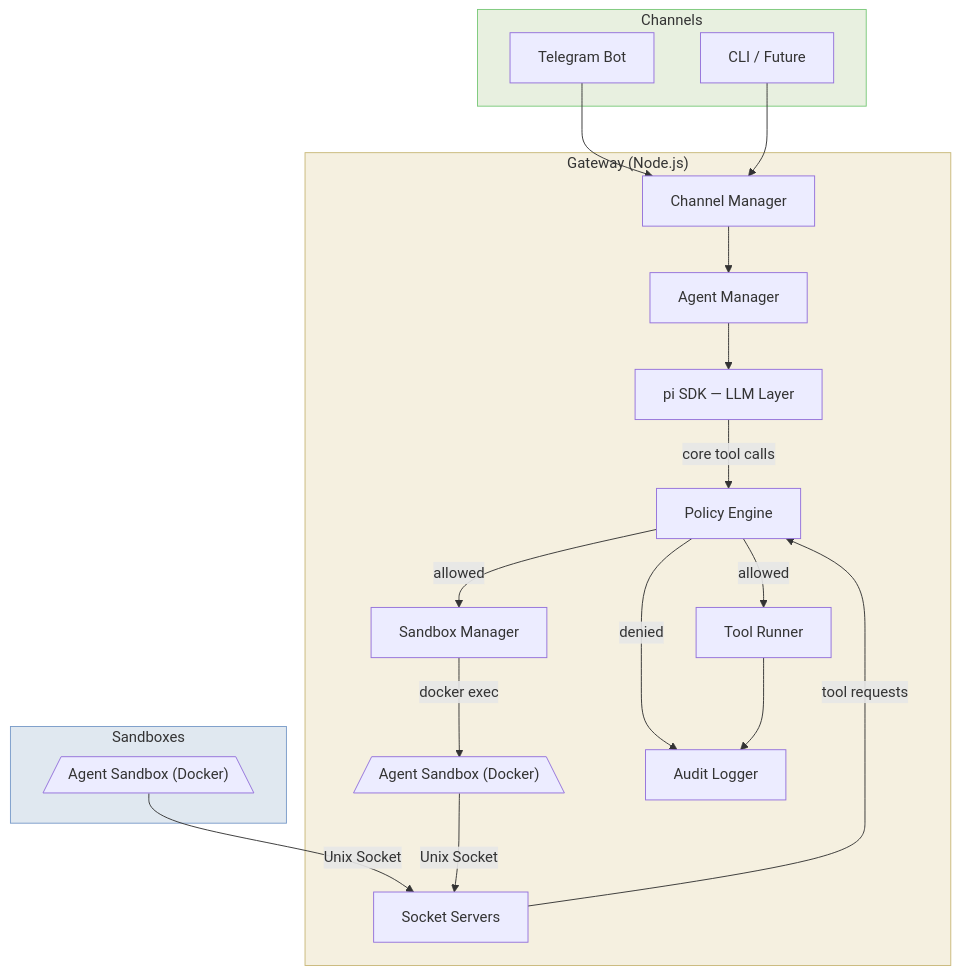
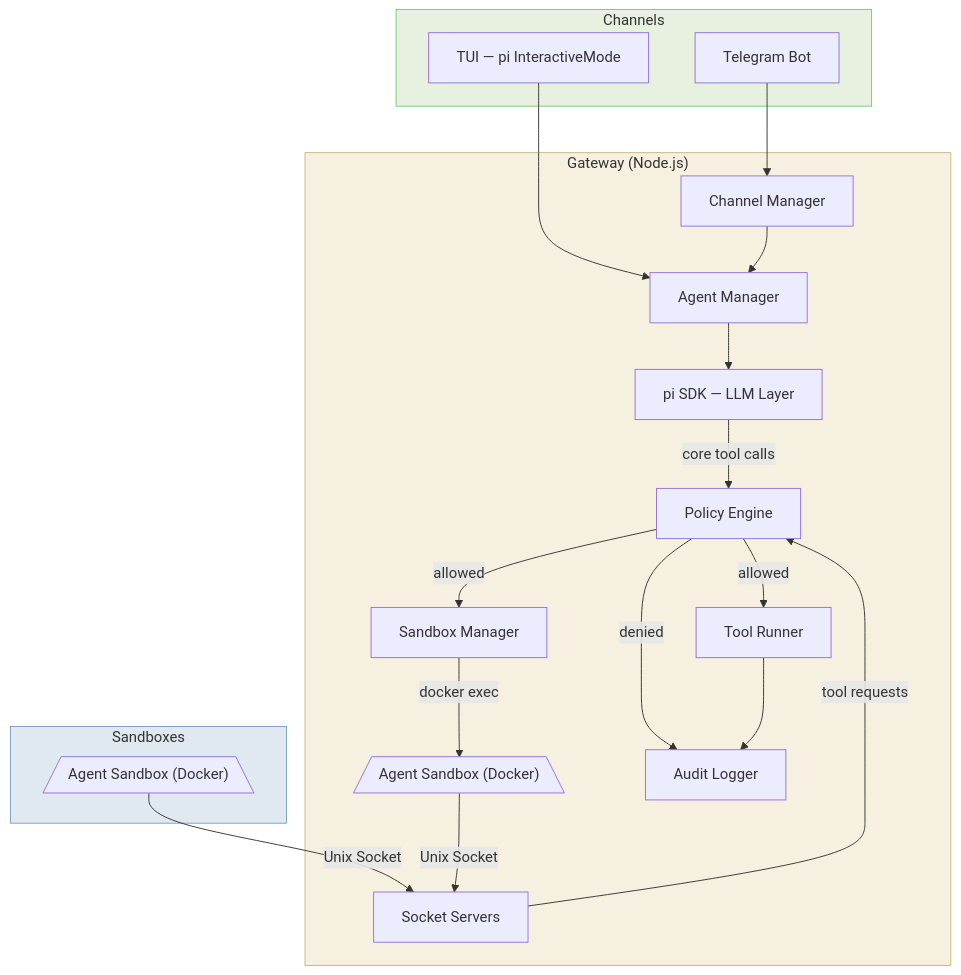
The first of 6 diagrams in docs/system-overview.md (matthias-hausberger/beige), drawn with Mermaid before and after one commit. The commit also changed other lines of this file and 12 other files, not shown here.

````diff
--- a/docs/system-overview.md
+++ b/docs/system-overview.md
@@ -5,42 +5,42 @@
 ```mermaid
 graph TB
     subgraph Channels
+        TUI[TUI — pi InteractiveMode]
         TG[Telegram Bot]
-        CLI[CLI / Future]
     end
 
     subgraph Gateway["Gateway (Node.js)"]
         CM[Channel Manager]
         AM[Agent Manager]
         PI[pi SDK — LLM Layer]
         PE[Policy Engine]
         AL[Audit Logger]
         TR[Tool Runner]
         SS[Socket Servers]
         SM[Sandbox Manager]
 
         CM --> AM
         AM --> PI
         PI -->|core tool calls| PE
         PE -->|allowed| SM
         PE -->|denied| AL
         SM -->|docker exec| SB1
         SS -->|tool requests| PE
         PE -->|allowed| TR
         TR --> AL
     end
 
     subgraph Sandboxes
         SB1[/"Agent Sandbox (Docker)"\]
         SB2[/"Agent Sandbox (Docker)"\]
     end
 
+    TUI --> AM
     TG --> CM
-    CLI --> CM
     SB1 -->|Unix Socket| SS
     SB2 -->|Unix Socket| SS
 
     style Gateway fill:#f5f0e0,stroke:#c9b97a
     style Sandboxes fill:#e0e8f0,stroke:#7a9cc9
     style Channels fill:#e8f0e0,stroke:#7ac97a
 ```
````
